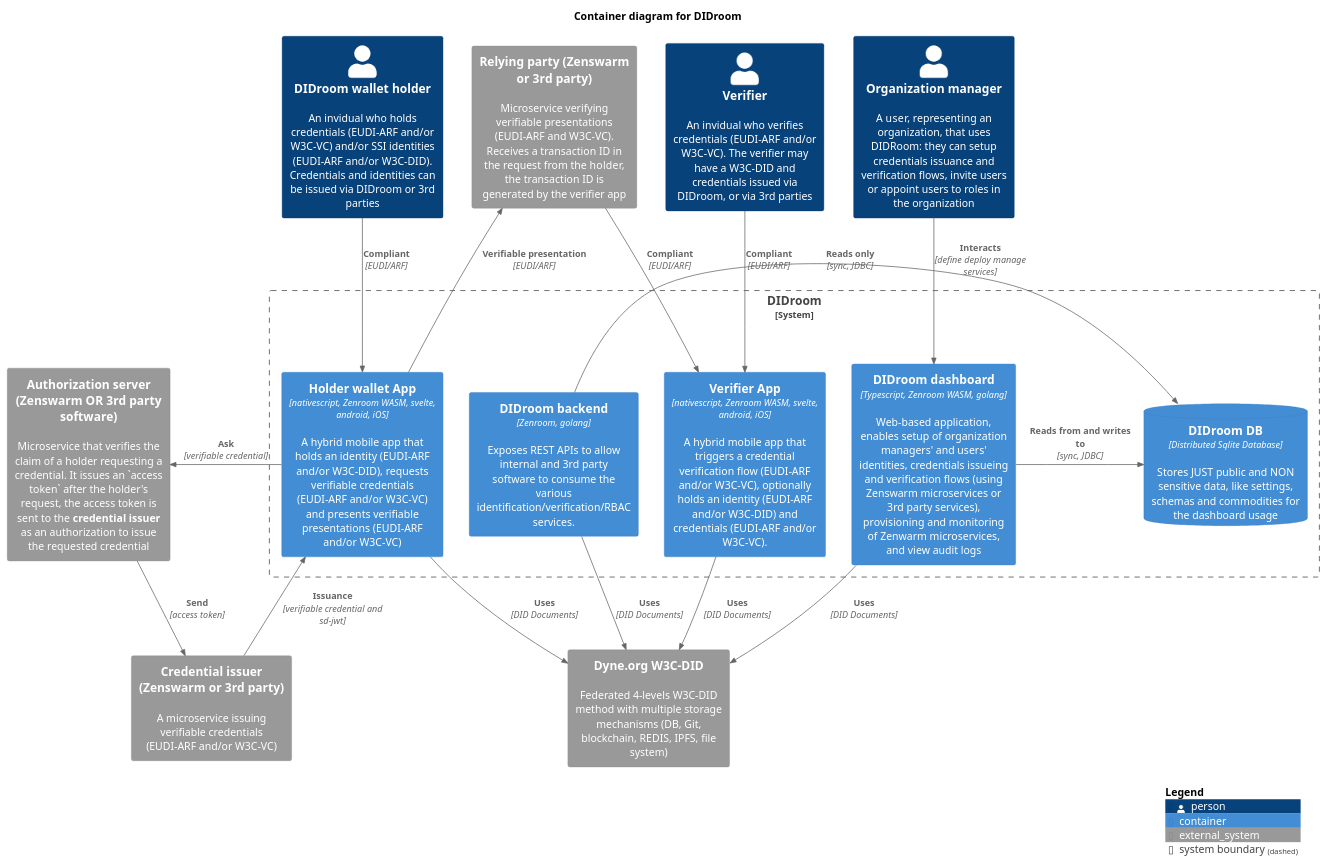
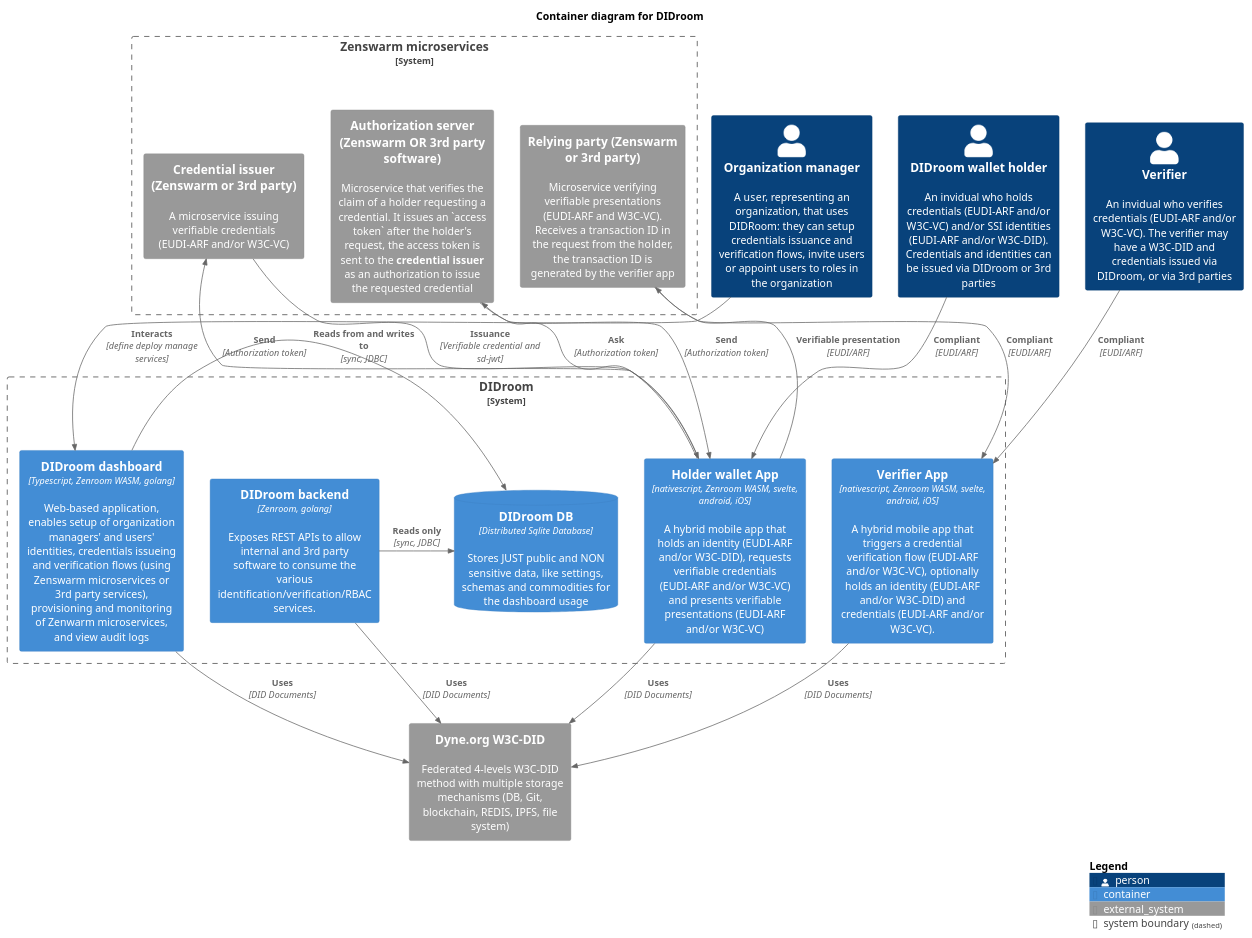
The diagram in diagrams/02_container.puml (ForkbombEu/DIDroom), drawn with PlantUML before and after one commit.

Commit message:
Update issuance flow and group of microservices

```diff
--- a/diagrams/02_container.puml
+++ b/diagrams/02_container.puml
@@ -1,44 +1,49 @@
 @startuml
 !include C4_Container.puml
 
 title Container diagram for DIDroom
 
 Person(org, "Organization manager", "A user, representing an organization, that uses DIDRoom: they can setup credentials issuance and verification flows, invite users or appoint users to roles in the organization")
 Person(user, "DIDroom wallet holder", "An invidual who holds credentials (EUDI-ARF and/or W3C-VC) and/or SSI identities (EUDI-ARF and/or W3C-DID). Credentials and identities can be issued via DIDroom or 3rd parties")
 Person(verifier, "Verifier", "An invidual who verifies credentials (EUDI-ARF and/or W3C-VC). The verifier may have a W3C-DID and credentials issued via DIDroom, or via 3rd parties")
-System_Ext(issuer, "Credential issuer (Zenswarm or 3rd party)", "A microservice issuing verifiable credentials (EUDI-ARF and/or W3C-VC)")
+
+System_Boundary(didroom_microservices, "Zenswarm microservices") {
+  System_Ext(issuer, "Credential issuer (Zenswarm or 3rd party)", "A microservice issuing verifiable credentials (EUDI-ARF and/or W3C-VC)")
+  System_Ext(relying_party, "Relying party (Zenswarm or 3rd party)", "Microservice verifying verifiable presentations (EUDI-ARF and W3C-VC). Receives a transaction ID in the request from the holder, the transaction ID is generated by the verifier app")
+  System_Ext(auth_server, "Authorization server (Zenswarm OR 3rd party software)", "Microservice that verifies the claim of a holder requesting a credential. It issues an `access token` after the holder's request, the access token is sent to the **credential issuer** as an authorization to issue the requested credential")
+}
+
+System_Ext(did, "Dyne.org W3C-DID", "Federated 4-levels W3C-DID method with multiple storage mechanisms (DB, Git, blockchain, REDIS, IPFS, file system)")
 
 System_Boundary(didroom_solution, "DIDroom") {
   Container(wallet, "Holder wallet App", "nativescript, Zenroom WASM, svelte, android, iOS", "A hybrid mobile app that holds an identity (EUDI-ARF and/or W3C-DID), requests verifiable credentials (EUDI-ARF and/or W3C-VC) and presents verifiable presentations (EUDI-ARF and/or W3C-VC)")
   Container(didroom, "DIDroom dashboard", "Typescript, Zenroom WASM, golang", "Web-based application, enables setup of organization managers' and users' identities, credentials issueing and verification flows (using Zenswarm microservices or 3rd party services), provisioning and monitoring of Zenwarm microservices, and view audit logs")
   Container(didroom_backend, "DIDroom backend", "Zenroom, golang", "Exposes REST APIs to allow internal and 3rd party software to consume the various identification/verification/RBAC services.")
   ContainerDb(db, "DIDroom DB", "Distributed Sqlite Database", "Stores JUST public and NON sensitive data, like settings, schemas and commodities for the dashboard usage")
   Container(verifier_app, "Verifier App", "nativescript, Zenroom WASM, svelte, android, iOS", "A hybrid mobile app that triggers a credential verification flow (EUDI-ARF and/or W3C-VC), optionally holds an identity (EUDI-ARF and/or W3C-DID) and credentials (EUDI-ARF and/or W3C-VC).")
 }
 
 
-System_Ext(did, "Dyne.org W3C-DID", "Federated 4-levels W3C-DID method with multiple storage mechanisms (DB, Git, blockchain, REDIS, IPFS, file system)")
-System_Ext(relying_party, "Relying party (Zenswarm or 3rd party)", "Microservice verifying verifiable presentations (EUDI-ARF and W3C-VC). Receives a transaction ID in the request from the holder, the transaction ID is generated by the verifier app")
-System_Ext(auth_server, "Authorization server (Zenswarm OR 3rd party software)", "Microservice that verifies the claim of a holder requesting a credential. It issues an `access token` after the holder's request, the access token is sent to the **credential issuer** as an authorization to issue the requested credential")
 
 Rel_R(didroom, db, "Reads from and writes to", "sync, JDBC")
 Rel_R(didroom_backend, db, "Reads only", "sync, JDBC")
 Rel(user, wallet, "Compliant", "EUDI/ARF")
 Rel(verifier, verifier_app, "Compliant", "EUDI/ARF")
 Rel(relying_party, verifier_app, "Compliant", "EUDI/ARF")
 Rel_Neighbor(wallet, relying_party, "Verifiable presentation", "EUDI/ARF")
-Rel(auth_server, issuer , "Send", "access token")
-Rel_R(wallet, auth_server, "Ask", "verifiable credential")
-Rel(issuer, wallet, "Issuance", "verifiable credential and sd-jwt")
+Rel_R(wallet, auth_server, "Ask", "Authorization token")
+Rel(auth_server, wallet , "Send", "Authorization token")
+Rel_R(wallet, issuer, "Send", "Authorization token")
+Rel(issuer, wallet, "Issuance", "Verifiable credential and sd-jwt")
 
 
 Rel(org, didroom, "Interacts", "define deploy manage services")
 Rel(didroom, did, "Uses", "DID Documents")
 Rel(verifier_app, did, "Uses", "DID Documents")
 Rel(didroom_backend, did, "Uses", "DID Documents")
 Rel(wallet, did, "Uses", "DID Documents")
 
 Lay_L(didroom_backend, db)
 
 SHOW_LEGEND()
 @enduml
```
